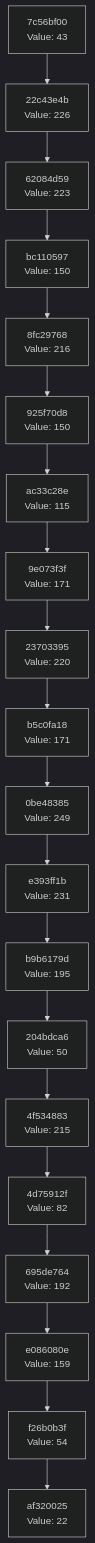
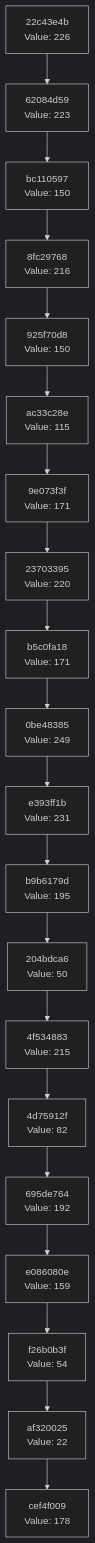
Before and after one commit to Abhisheksinha1506/hash-chain-evolver: the diagram in docs/CHAIN_VISUALIZATION.md, drawn with Mermaid (dark theme). The commit also changed 2 other files, not shown here.

Commit message:
Evolution step: hash 0xB2 → action executed

````diff
--- a/docs/CHAIN_VISUALIZATION.md
+++ b/docs/CHAIN_VISUALIZATION.md
@@ -3,42 +3,42 @@
 ```mermaid
 graph TD
-    C0["af320025<br/>Value: 22"]
-    C1["f26b0b3f<br/>Value: 54"]
+    C0["cef4f009<br/>Value: 178"]
+    C1["af320025<br/>Value: 22"]
     C1 --> C0
-    C2["e086080e<br/>Value: 159"]
+    C2["f26b0b3f<br/>Value: 54"]
     C2 --> C1
-    C3["695de764<br/>Value: 192"]
+    C3["e086080e<br/>Value: 159"]
     C3 --> C2
-    C4["4d75912f<br/>Value: 82"]
+    C4["695de764<br/>Value: 192"]
     C4 --> C3
-    C5["4f534883<br/>Value: 215"]
+    C5["4d75912f<br/>Value: 82"]
     C5 --> C4
-    C6["204bdca6<br/>Value: 50"]
+    C6["4f534883<br/>Value: 215"]
     C6 --> C5
-    C7["b9b6179d<br/>Value: 195"]
+    C7["204bdca6<br/>Value: 50"]
     C7 --> C6
-    C8["e393ff1b<br/>Value: 231"]
+    C8["b9b6179d<br/>Value: 195"]
     C8 --> C7
-    C9["0be48385<br/>Value: 249"]
+    C9["e393ff1b<br/>Value: 231"]
     C9 --> C8
-    C10["b5c0fa18<br/>Value: 171"]
+    C10["0be48385<br/>Value: 249"]
     C10 --> C9
-    C11["23703395<br/>Value: 220"]
+    C11["b5c0fa18<br/>Value: 171"]
     C11 --> C10
-    C12["9e073f3f<br/>Value: 171"]
+    C12["23703395<br/>Value: 220"]
     C12 --> C11
-    C13["ac33c28e<br/>Value: 115"]
+    C13["9e073f3f<br/>Value: 171"]
     C13 --> C12
-    C14["925f70d8<br/>Value: 150"]
+    C14["ac33c28e<br/>Value: 115"]
     C14 --> C13
-    C15["8fc29768<br/>Value: 216"]
+    C15["925f70d8<br/>Value: 150"]
     C15 --> C14
-    C16["bc110597<br/>Value: 150"]
+    C16["8fc29768<br/>Value: 216"]
     C16 --> C15
-    C17["62084d59<br/>Value: 223"]
+    C17["bc110597<br/>Value: 150"]
     C17 --> C16
-    C18["22c43e4b<br/>Value: 226"]
+    C18["62084d59<br/>Value: 223"]
     C18 --> C17
-    C19["7c56bf00<br/>Value: 43"]
+    C19["22c43e4b<br/>Value: 226"]
     C19 --> C18
 ```
````
